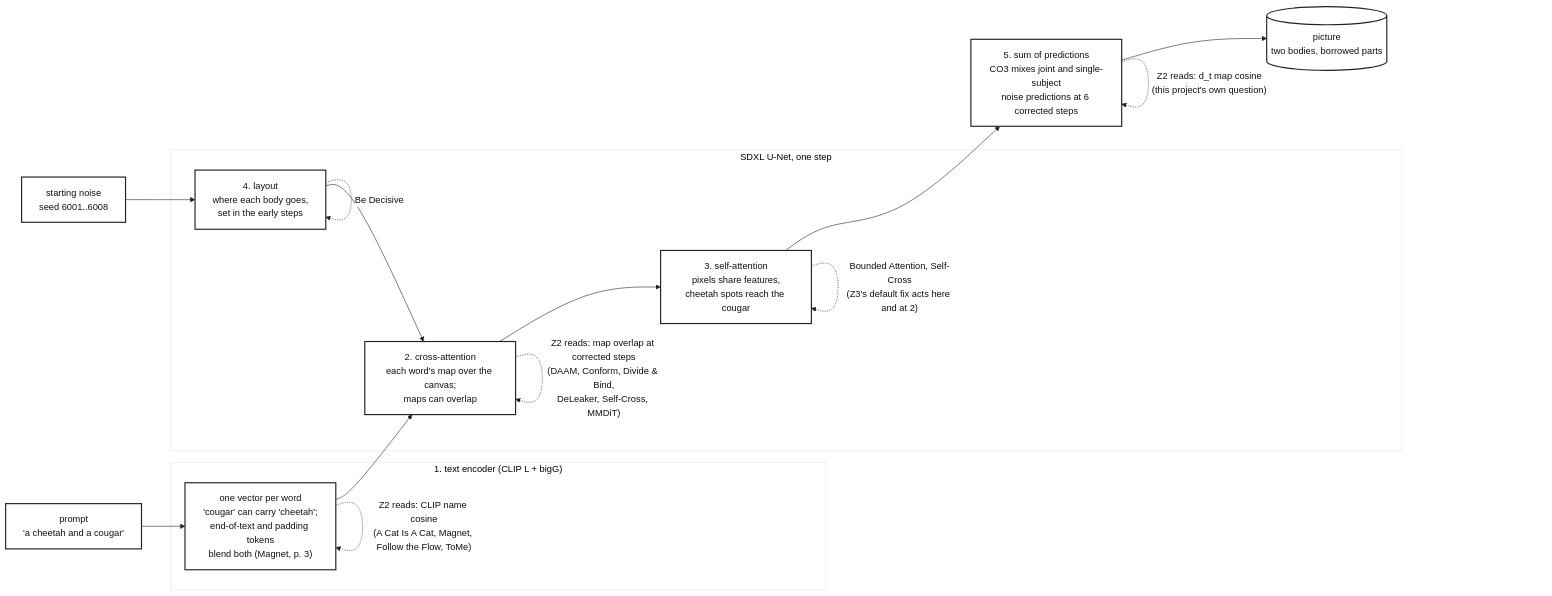
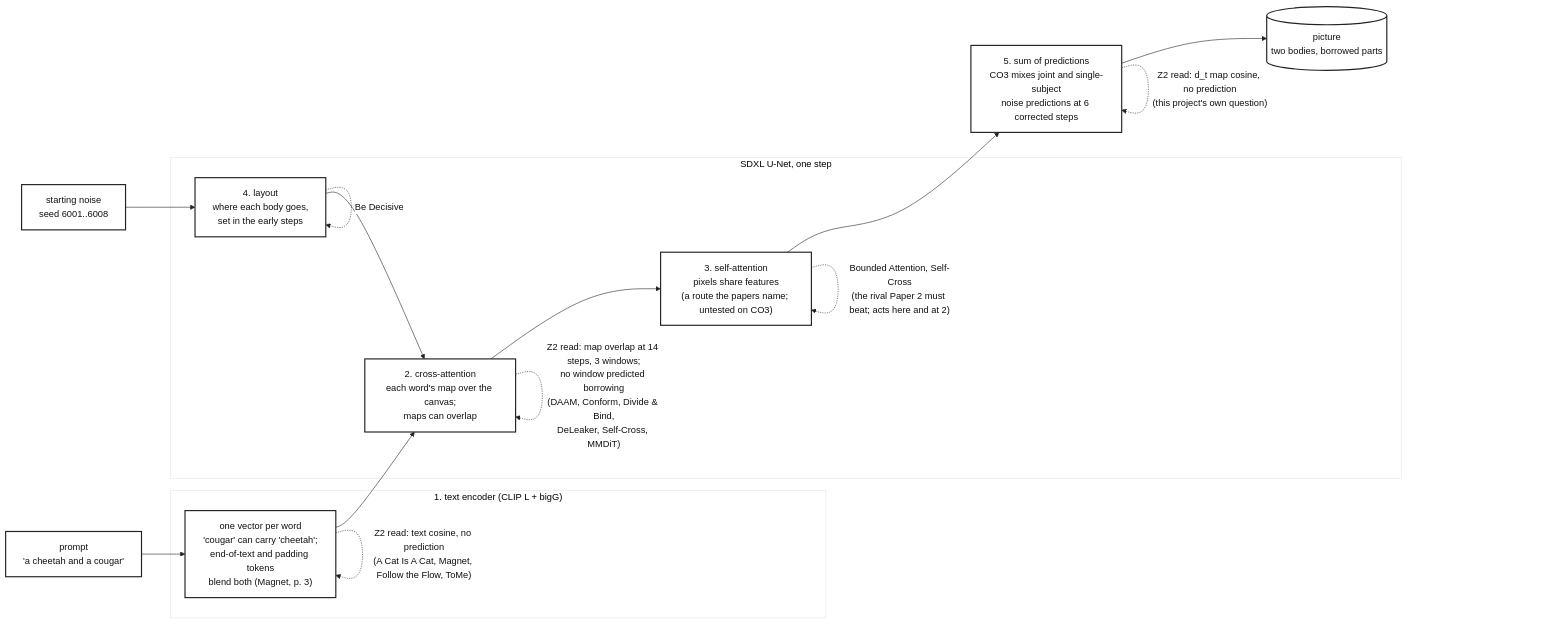
The diagram in artifacts/notes/progress/leakage/where-leakage-could-enter.mmd (mo-rsa24/concept-composition), drawn with Mermaid before and after one commit. The commit also changed 6 other files, not shown here.

Commit message:
Loop 12: correct the three diagrams the reviewer named (no Z2 window passed; Z2 read 14 steps; self-attention untested on CO3; Bounded Attention is the rival)

```diff
--- a/artifacts/notes/progress/leakage/where-leakage-could-enter.mmd
+++ b/artifacts/notes/progress/leakage/where-leakage-could-enter.mmd
@@ -1,22 +1,22 @@
 %%{init: {'theme': 'base', 'themeVariables': {'fontFamily': 'monospace', 'primaryColor': '#ffffff', 'primaryBorderColor': '#222222', 'primaryTextColor': '#111111', 'lineColor': '#222222'}}}%%
 flowchart LR
   P["prompt<br/>'a cheetah and a cougar'"]:::plain
   subgraph TE["1. text encoder (CLIP L + bigG)"]
     T["one vector per word<br/>'cougar' can carry 'cheetah';<br/>end-of-text and padding tokens<br/>blend both (Magnet, p. 3)"]:::plain
   end
   N["starting noise<br/>seed 6001..6008"]:::plain
   subgraph UNET["SDXL U-Net, one step"]
     L["4. layout<br/>where each body goes,<br/>set in the early steps"]:::plain
     CA["2. cross-attention<br/>each word's map over the canvas;<br/>maps can overlap"]:::plain
-    SA["3. self-attention<br/>pixels share features,<br/>cheetah spots reach the cougar"]:::plain
+    SA["3. self-attention<br/>pixels share features<br/>(a route the papers name; untested on CO3)"]:::plain
   end
   S["5. sum of predictions<br/>CO3 mixes joint and single-subject<br/>noise predictions at 6 corrected steps"]:::plain
   IMG[("picture<br/>two bodies, borrowed parts")]:::plain
   P --> T --> CA
   N --> L --> CA --> SA --> S --> IMG
-  T -. "Z2 reads: CLIP name cosine<br/>(A Cat Is A Cat, Magnet, Follow the Flow, ToMe)" .-> T
-  CA -. "Z2 reads: map overlap at corrected steps<br/>(DAAM, Conform, Divide & Bind,<br/>DeLeaker, Self-Cross, MMDiT)" .-> CA
-  SA -. "Bounded Attention, Self-Cross<br/>(Z3's default fix acts here and at 2)" .-> SA
+  T -. "Z2 read: text cosine, no prediction<br/>(A Cat Is A Cat, Magnet, Follow the Flow, ToMe)" .-> T
+  CA -. "Z2 read: map overlap at 14 steps, 3 windows;<br/>no window predicted borrowing<br/>(DAAM, Conform, Divide & Bind,<br/>DeLeaker, Self-Cross, MMDiT)" .-> CA
+  SA -. "Bounded Attention, Self-Cross<br/>(the rival Paper 2 must beat; acts here and at 2)" .-> SA
   L -. "Be Decisive" .-> L
-  S -. "Z2 reads: d_t map cosine<br/>(this project's own question)" .-> S
+  S -. "Z2 read: d_t map cosine, no prediction<br/>(this project's own question)" .-> S
   classDef plain fill:#ffffff,stroke:#222222,stroke-width:2px,color:#111111
```
